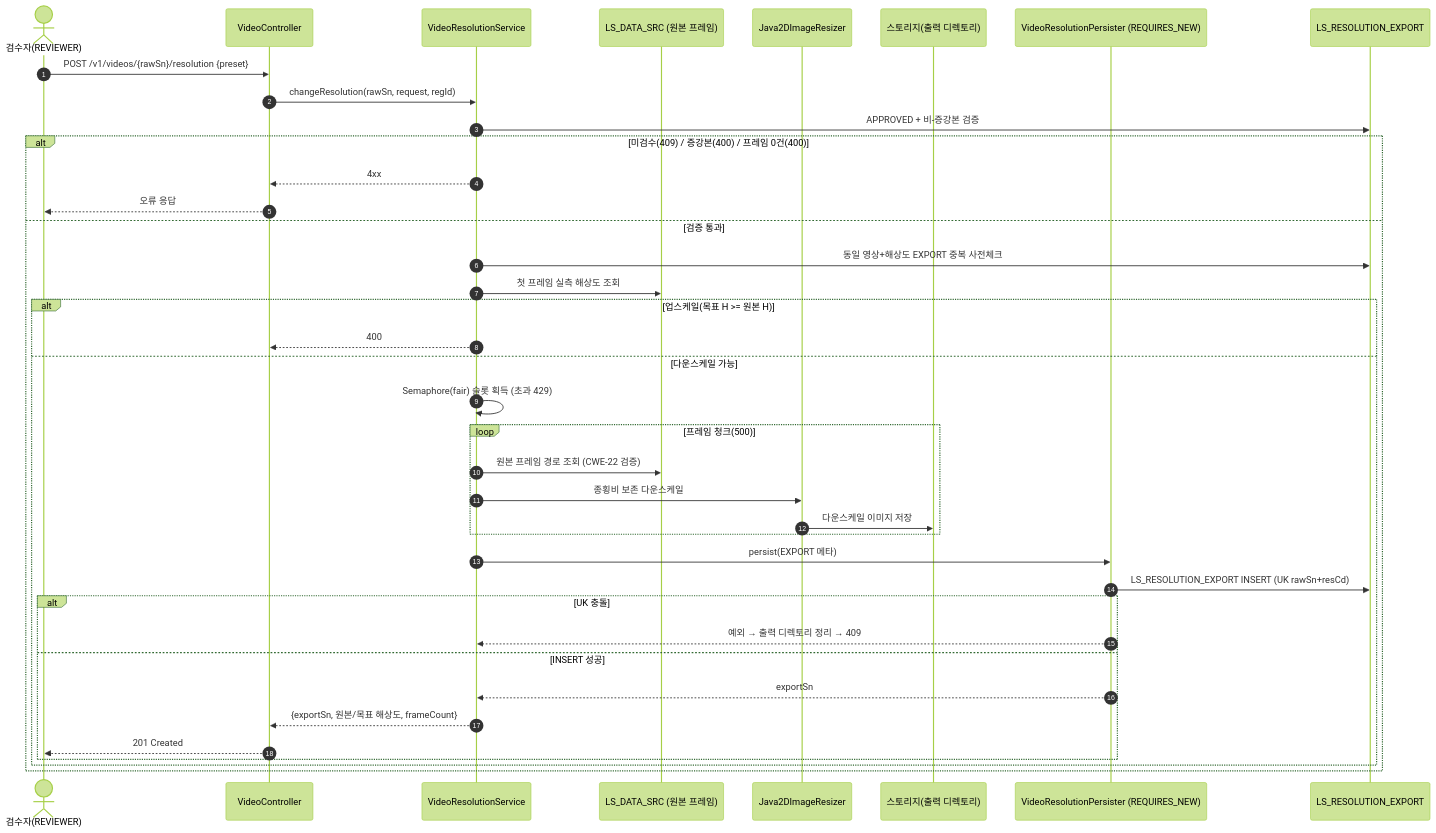
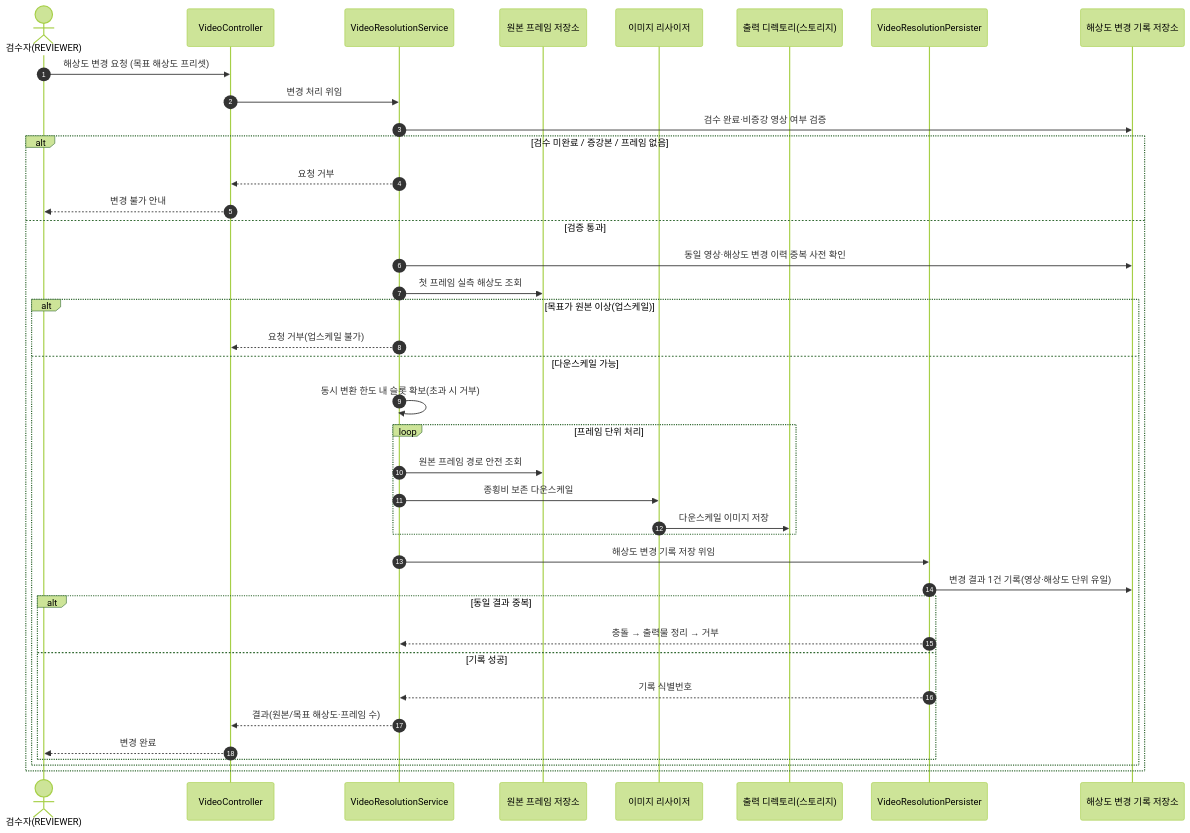
Before and after one commit to New-stella/klid-label: the third of 26 diagrams in docs/design/D1-클래스설계서.md, drawn with Mermaid (forest theme). The commit also changed other lines of this file and 32 other files, not shown here.

````diff
--- a/docs/design/D1-클래스설계서.md
+++ b/docs/design/D1-클래스설계서.md
@@ -292,41 +267,41 @@
 ```mermaid
 sequenceDiagram
     autonumber
     actor RV as 검수자(REVIEWER)
     participant VC as VideoController
     participant VRS as VideoResolutionService
-    participant SRC as LS_DATA_SRC (원본 프레임)
-    participant RZ as Java2DImageResizer
-    participant FS as 스토리지(출력 디렉토리)
-    participant VP as VideoResolutionPersister (REQUIRES_NEW)
-    participant DB as LS_RESOLUTION_EXPORT
-    RV->>VC: POST /v1/videos/{rawSn}/resolution {preset}
-    VC->>VRS: changeResolution(rawSn, request, regId)
-    VRS->>DB: APPROVED + 비-증강본 검증
-    alt 미검수(409) / 증강본(400) / 프레임 0건(400)
-        VRS-->>VC: 4xx
-        VC-->>RV: 오류 응답
+    participant SRC as 원본 프레임 저장소
+    participant RZ as 이미지 리사이저
+    participant FS as 출력 디렉토리(스토리지)
+    participant VP as VideoResolutionPersister
+    participant DB as 해상도 변경 기록 저장소
+    RV->>VC: 해상도 변경 요청 (목표 해상도 프리셋)
+    VC->>VRS: 변경 처리 위임
+    VRS->>DB: 검수 완료·비증강 영상 여부 검증
+    alt 검수 미완료 / 증강본 / 프레임 없음
+        VRS-->>VC: 요청 거부
+        VC-->>RV: 변경 불가 안내
     else 검증 통과
-        VRS->>DB: 동일 영상+해상도 EXPORT 중복 사전체크
+        VRS->>DB: 동일 영상·해상도 변경 이력 중복 사전 확인
         VRS->>SRC: 첫 프레임 실측 해상도 조회
-        alt 업스케일(목표 H >= 원본 H)
-            VRS-->>VC: 400
+        alt 목표가 원본 이상(업스케일)
+            VRS-->>VC: 요청 거부(업스케일 불가)
         else 다운스케일 가능
-            VRS->>VRS: Semaphore(fair) 슬롯 획득 (초과 429)
-            loop 프레임 청크(500)
-                VRS->>SRC: 원본 프레임 경로 조회 (CWE-22 검증)
+            VRS->>VRS: 동시 변환 한도 내 슬롯 확보(초과 시 거부)
+            loop 프레임 단위 처리
+                VRS->>SRC: 원본 프레임 경로 안전 조회
                 VRS->>RZ: 종횡비 보존 다운스케일
                 RZ->>FS: 다운스케일 이미지 저장
             end
-            VRS->>VP: persist(EXPORT 메타)
-            VP->>DB: LS_RESOLUTION_EXPORT INSERT (UK rawSn+resCd)
-            alt UK 충돌
-                VP-->>VRS: 예외 → 출력 디렉토리 정리 → 409
-            else INSERT 성공
-                VP-->>VRS: exportSn
-                VRS-->>VC: {exportSn, 원본/목표 해상도, frameCount}
-                VC-->>RV: 201 Created
+            VRS->>VP: 해상도 변경 기록 저장 위임
+            VP->>DB: 변경 결과 1건 기록(영상·해상도 단위 유일)
+            alt 동일 결과 중복
+                VP-->>VRS: 충돌 → 출력물 정리 → 거부
+            else 기록 성공
+                VP-->>VRS: 기록 식별번호
+                VRS-->>VC: 결과(원본/목표 해상도·프레임 수)
+                VC-->>RV: 변경 완료
             end
         end
     end
 ```
````
